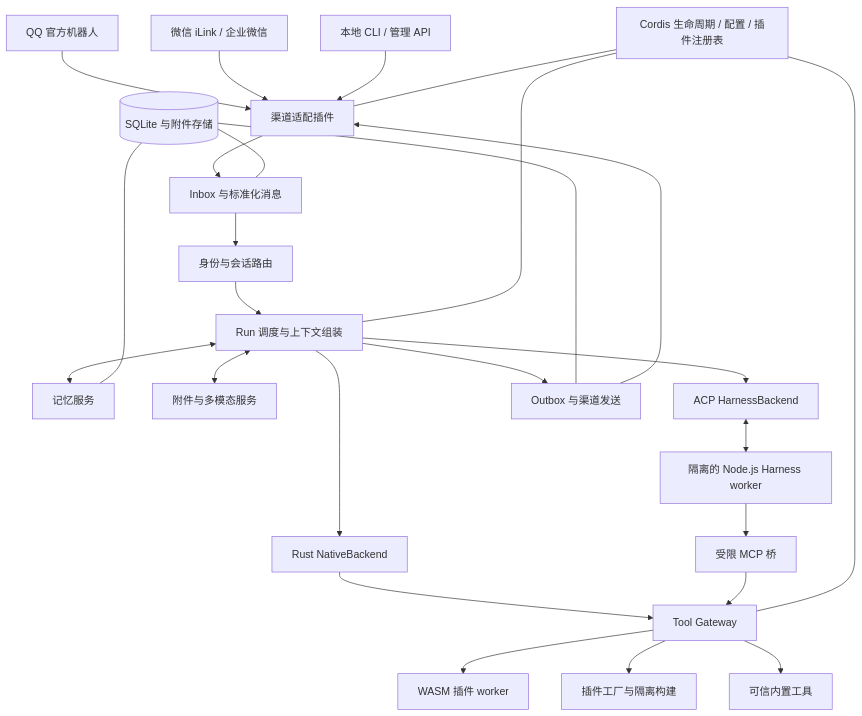
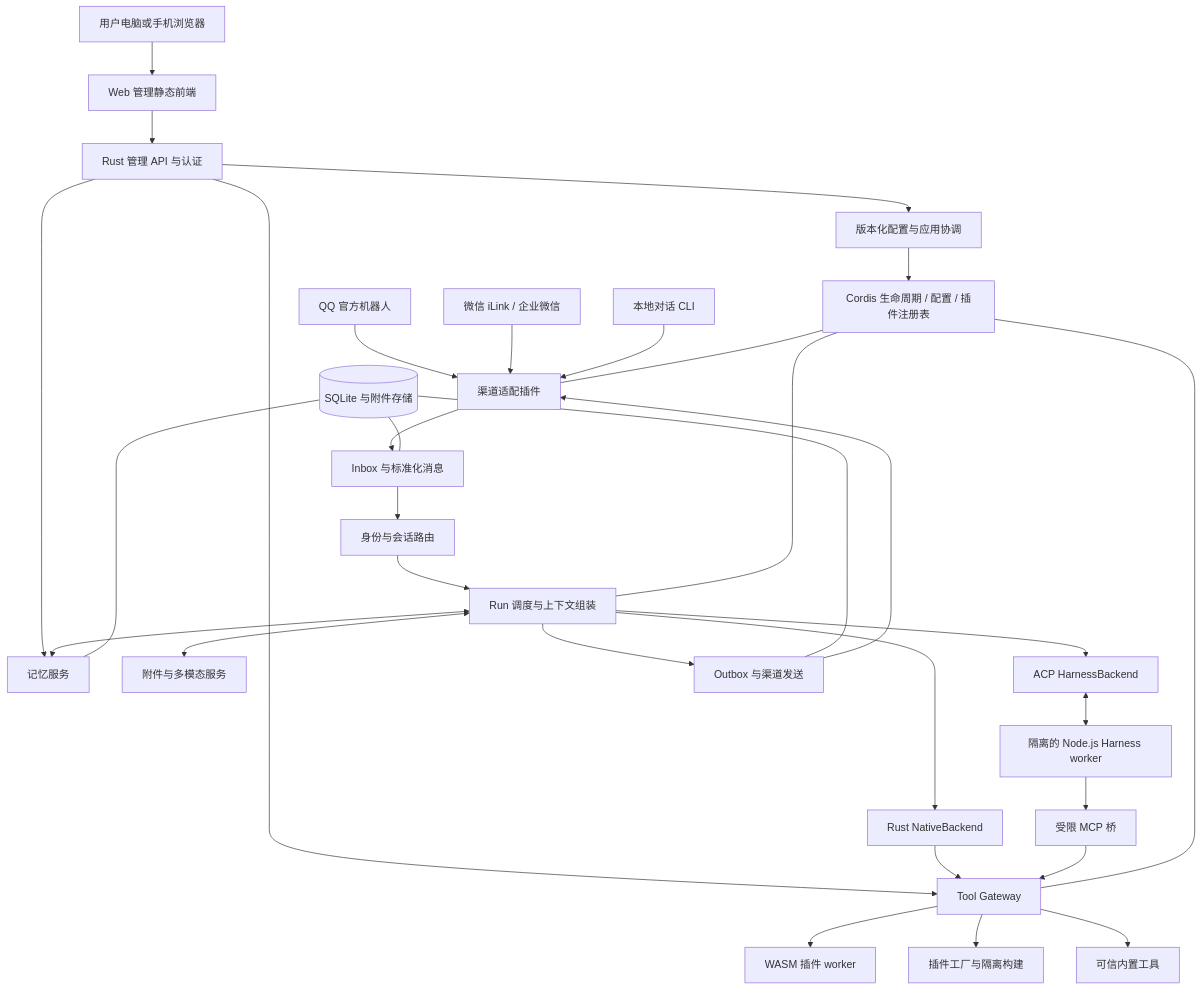
One commit to lakasli/Prometheus changed the first of 3 diagrams in docs/architecture.md. Above: the diagram before and after it, drawn with Mermaid. The commit also changed other lines of this file and 3 other files, not shown here.

````diff
--- a/docs/architecture.md
+++ b/docs/architecture.md
@@ -73,28 +79,34 @@
 ```mermaid
 flowchart TB
     QQ[QQ 官方机器人] --> AD[渠道适配插件]
     WX[微信 iLink / 企业微信] --> AD
-    CLI[本地 CLI / 管理 API] --> AD
+    CLI[本地对话 CLI] --> AD
+    BROWSER[用户电脑或手机浏览器] --> WEB[Web 管理静态前端]
+    WEB --> ADMIN[Rust 管理 API 与认证]
+    ADMIN --> CONFIG[版本化配置与应用协调]
+    CONFIG --> K
+    ADMIN --> MEM
+    ADMIN --> TOOL
     AD --> IN[Inbox 与标准化消息]
     IN --> ID[身份与会话路由]
     ID --> ORCH[Run 调度与上下文组装]
     ORCH <--> MEM[记忆服务]
     ORCH <--> MEDIA[附件与多模态服务]
     ORCH --> NB[Rust NativeBackend]
     ORCH --> HB[ACP HarnessBackend]
     HB <--> H[隔离的 Node.js Harness worker]
     NB --> TOOL[Tool Gateway]
     H --> MCP[受限 MCP 桥]
     MCP --> TOOL
     TOOL --> WASM[WASM 插件 worker]
     TOOL --> FACTORY[插件工厂与隔离构建]
     TOOL --> BUILTIN[可信内置工具]
     ORCH --> OUT[Outbox 与渠道发送]
     OUT --> AD
     DB[(SQLite 与附件存储)] --- IN
     DB --- MEM
     DB --- OUT
     K[Cordis 生命周期 / 配置 / 插件注册表] --- ORCH
     K --- AD
     K --- TOOL
 ```
````
